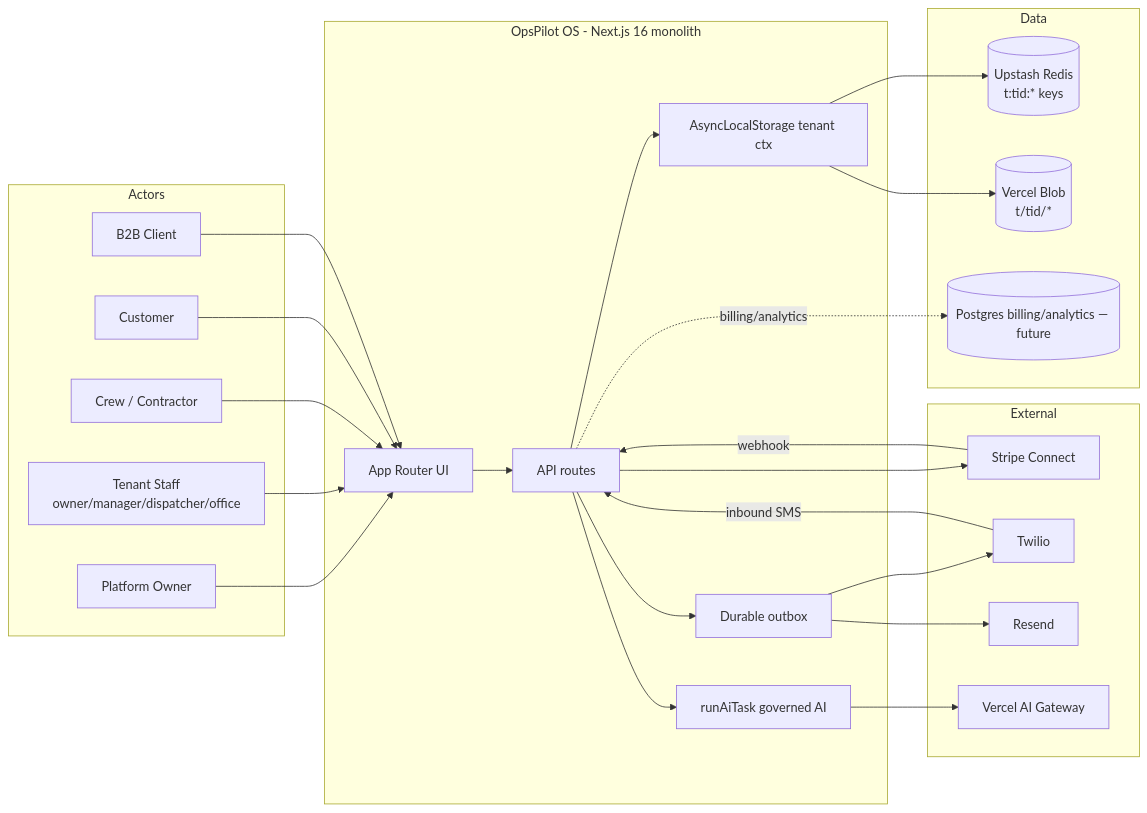
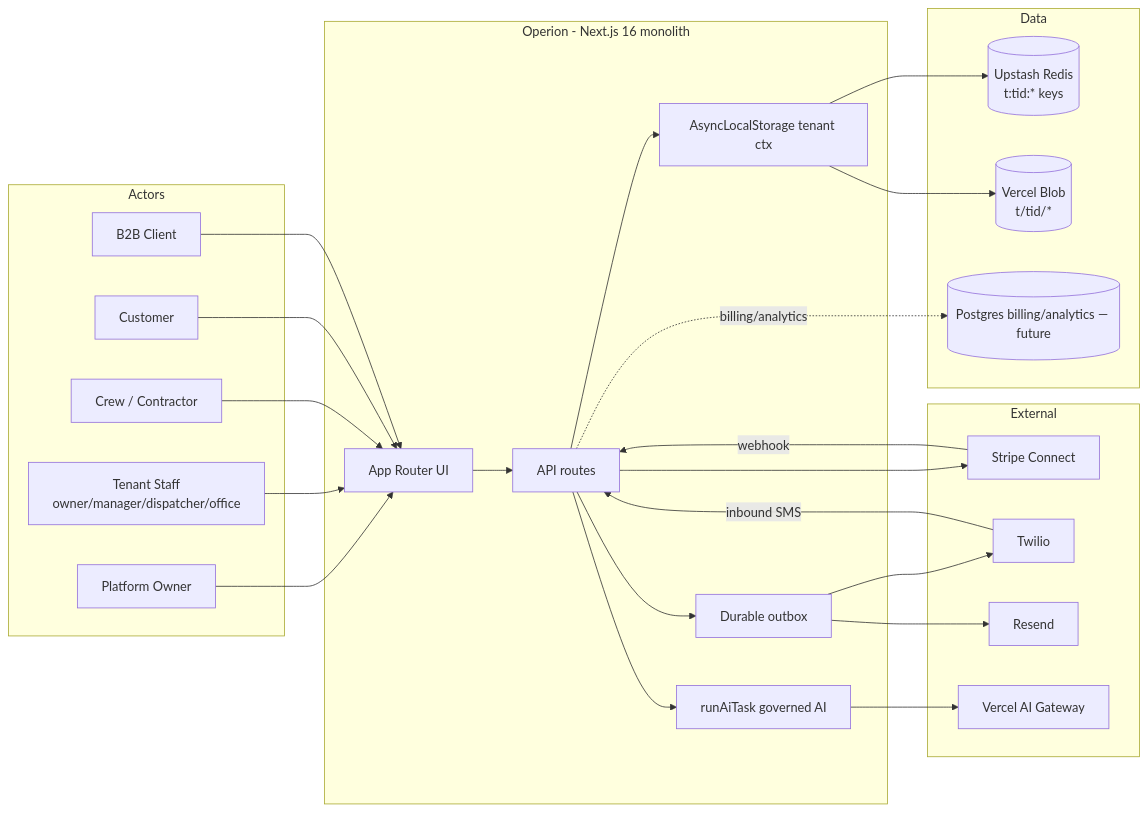
Before and after one commit to ratchetnu/jkissllc: the diagram in docs/opspilot-os/diagrams/01-system-context.mmd, drawn with Mermaid. The commit also changed 28 other files, not shown here.

```diff
--- a/docs/opspilot-os/diagrams/01-system-context.mmd
+++ b/docs/opspilot-os/diagrams/01-system-context.mmd
@@ -1,42 +1,42 @@
-%% System context — OpsPilot OS (target). See 14-target-architecture.md
+%% System context — Operion (target). See 14-target-architecture.md
 flowchart LR
   subgraph Actors
     Owner[Platform Owner]
     TStaff[Tenant Staff\nowner/manager/dispatcher/office]
     Crew[Crew / Contractor]
     Cust[Customer]
     BizClient[B2B Client]
   end
-  subgraph OpsPilot[OpsPilot OS - Next.js 16 monolith]
+  subgraph OpsPilot[Operion - Next.js 16 monolith]
     Web[App Router UI]
     API[API routes]
     Ctx[AsyncLocalStorage tenant ctx]
     AI[runAiTask governed AI]
     Outbox[Durable outbox]
   end
   subgraph Data
     Redis[(Upstash Redis\nt:tid:* keys)]
     Blob[(Vercel Blob\nt/tid/*)]
     PG[(Postgres billing/analytics — future)]
   end
   subgraph Ext[External]
     Stripe[Stripe Connect]
     Twilio[Twilio]
     Resend[Resend]
     Gateway[Vercel AI Gateway]
   end
   Owner --> Web
   TStaff --> Web
   Crew --> Web
   Cust --> Web
   BizClient --> Web
   Web --> API --> Ctx
   Ctx --> Redis
   Ctx --> Blob
   API --> AI --> Gateway
   API --> Outbox --> Twilio
   Outbox --> Resend
   API --> Stripe
   Stripe -->|webhook| API
   Twilio -->|inbound SMS| API
   API -.->|billing/analytics| PG
```
